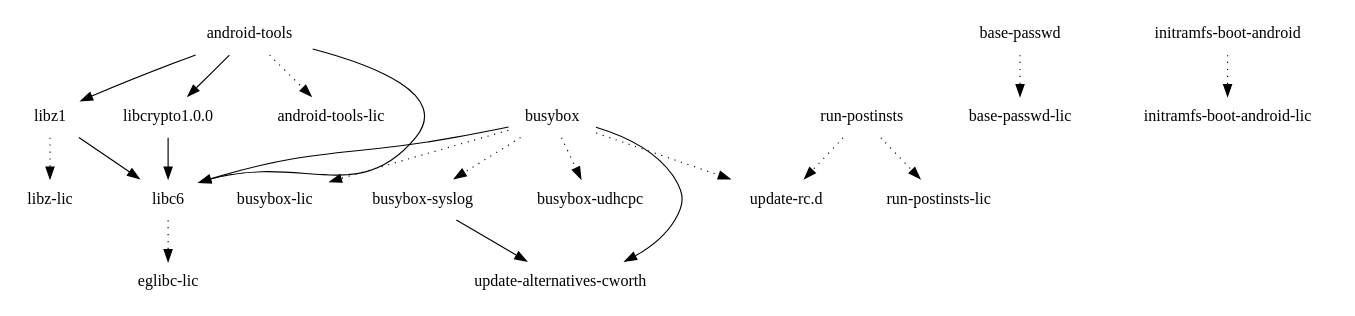
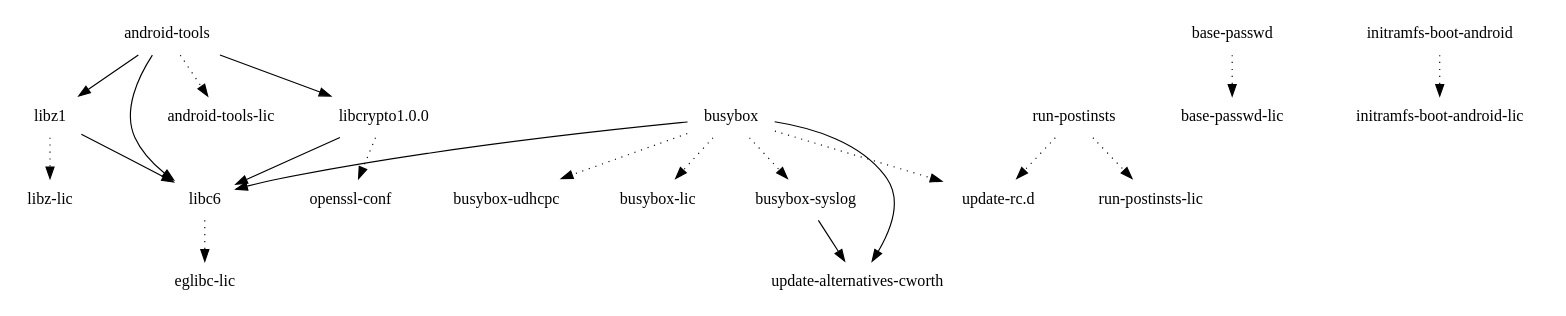
Before and after one commit to webOS-ports/buildhistory: the diagram in images/maguro/eglibc/initramfs-android-image/depends-nokernel.dot, drawn with Graphviz. The commit also changed 10 other files, not shown here.

```diff
--- a/images/maguro/eglibc/initramfs-android-image/depends-nokernel.dot
+++ b/images/maguro/eglibc/initramfs-android-image/depends-nokernel.dot
@@ -1,22 +1,23 @@
 digraph depends {
     node [shape=plaintext]
 "android-tools" -> "android-tools-lic" [style=dotted];
 "android-tools" -> "libc6";
 "android-tools" -> "libcrypto1.0.0";
 "android-tools" -> "libz1";
 "base-passwd" -> "base-passwd-lic" [style=dotted];
 "busybox" -> "busybox-lic" [style=dotted];
 "busybox" -> "busybox-syslog" [style=dotted];
 "busybox" -> "busybox-udhcpc" [style=dotted];
 "busybox" -> "libc6";
 "busybox" -> "update-alternatives-cworth";
 "busybox" -> "update-rc.d" [style=dotted];
 "busybox-syslog" -> "update-alternatives-cworth";
 "initramfs-boot-android" -> "initramfs-boot-android-lic" [style=dotted];
 "libc6" -> "eglibc-lic" [style=dotted];
 "libcrypto1.0.0" -> "libc6";
+"libcrypto1.0.0" -> "openssl-conf" [style=dotted];
 "libz1" -> "libc6";
 "libz1" -> "libz-lic" [style=dotted];
 "run-postinsts" -> "run-postinsts-lic" [style=dotted];
 "run-postinsts" -> "update-rc.d" [style=dotted];
 }
```
